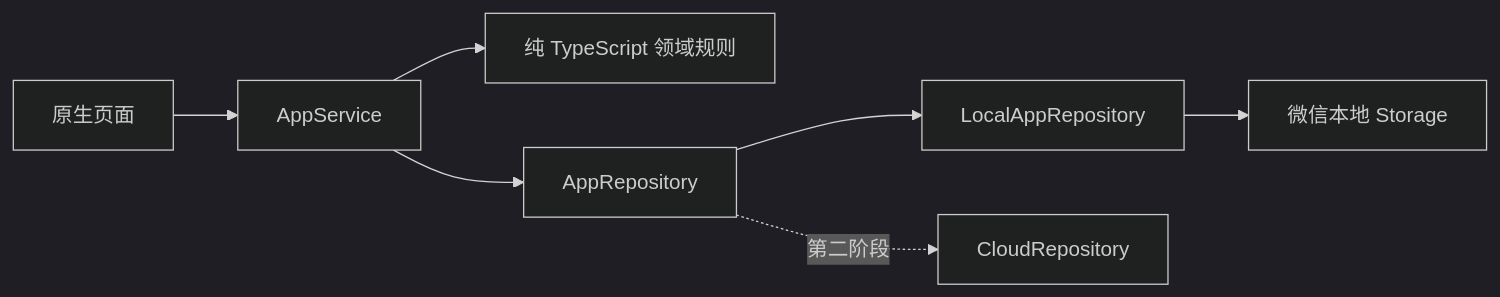
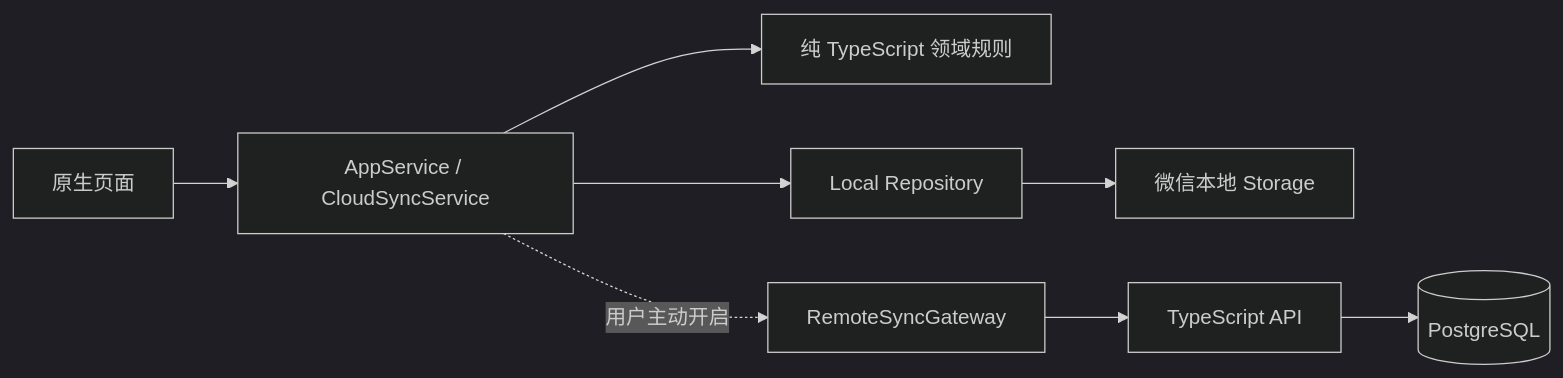
The diagram in README.md (qzhqzh/bingxiang-youshu-miniprogram), drawn with Mermaid (dark theme) before and after one commit. The commit also changed other lines of this file and 44 other files, not shown here.

````diff
--- a/README.md
+++ b/README.md
@@ -126,9 +127,10 @@
 ```mermaid
 flowchart LR
-    UI[原生页面] --> Service[AppService]
+    UI[原生页面] --> Service[AppService / CloudSyncService]
     Service --> Domain[纯 TypeScript 领域规则]
-    Service --> Repo[AppRepository]
-    Repo --> Local[LocalAppRepository]
+    Service --> Local[Local Repository]
     Local --> Storage[微信本地 Storage]
-    Repo -. 第二阶段 .-> Cloud[CloudRepository]
+    Service -. 用户主动开启 .-> Gateway[RemoteSyncGateway]
+    Gateway --> API[TypeScript API]
+    API --> DB[(PostgreSQL)]
 ```
````
